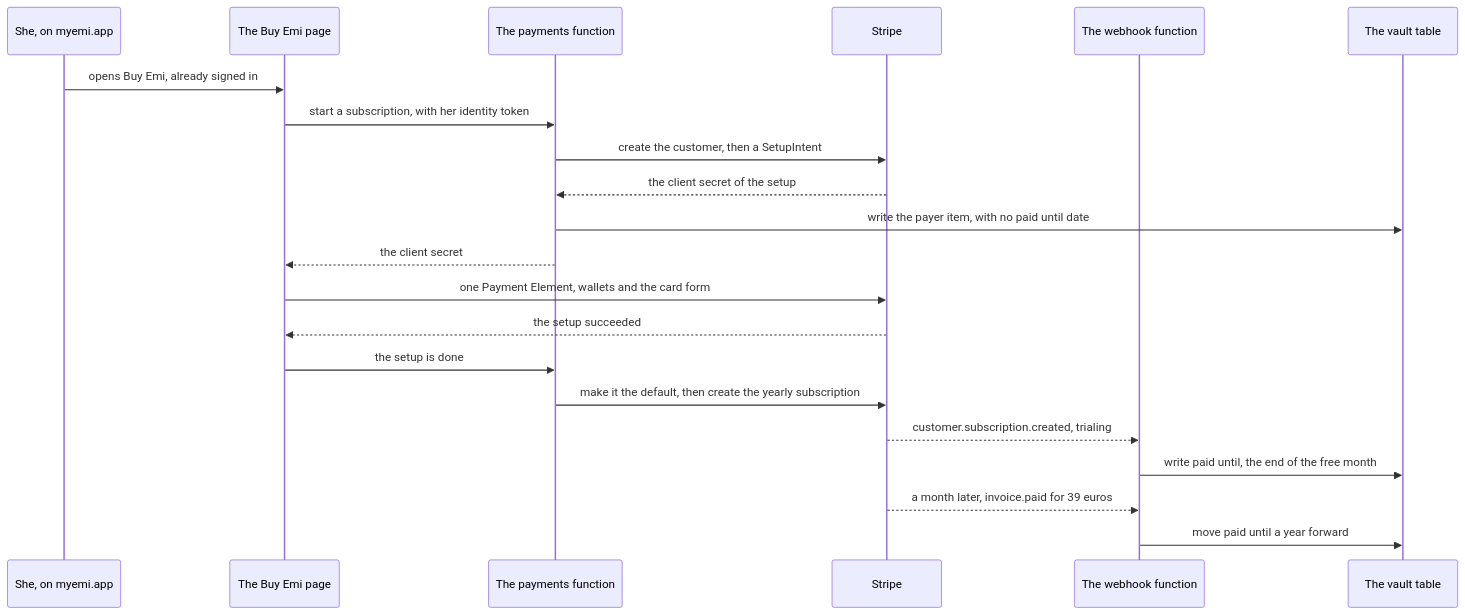
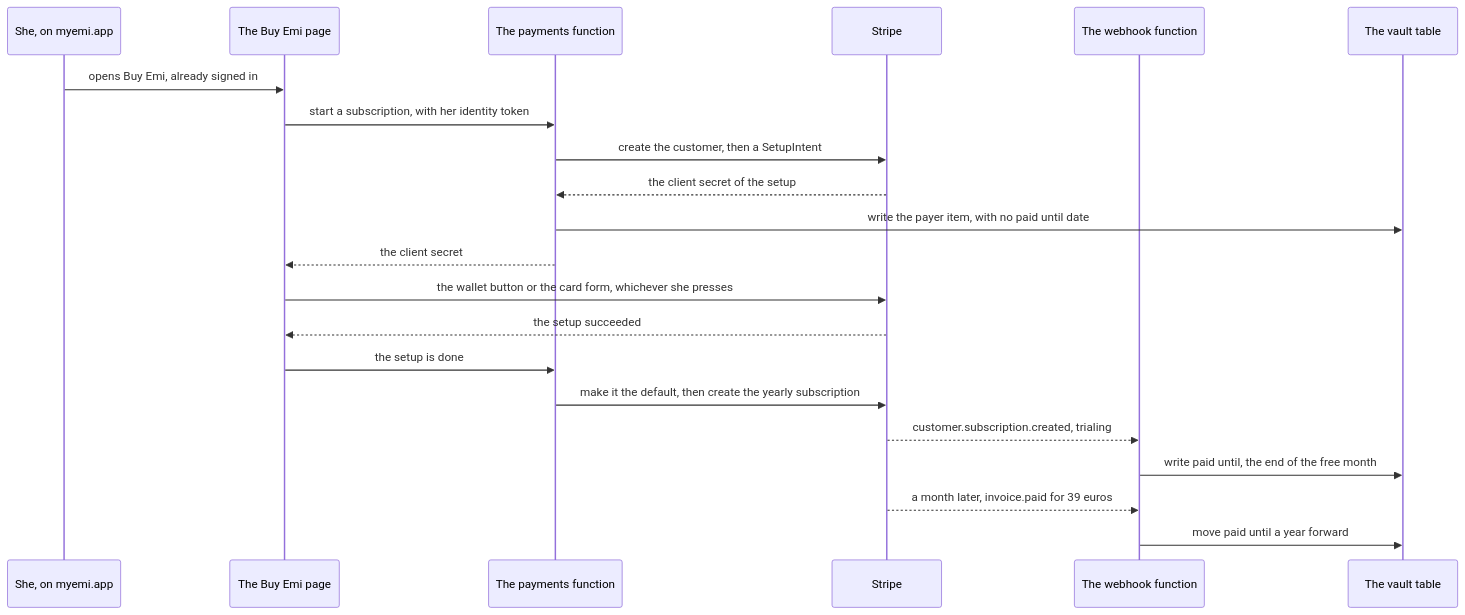
The first of 2 diagrams in docs/design/payments.md (atlantic-blue/emi), drawn with Mermaid before and after one commit. The commit also changed other lines of this file and 1 other file, not shown here.

Commit message:
EMI: docs: put the wallets on the checkout board and in the design

````diff
--- a/docs/design/payments.md
+++ b/docs/design/payments.md
@@ -398,23 +427,23 @@
 ```mermaid
 sequenceDiagram
   participant She as She, on myemi.app
   participant Site as The Buy Emi page
   participant Pay as The payments function
   participant Stripe as Stripe
   participant Hook as The webhook function
   participant Table as The vault table
   She->>Site: opens Buy Emi, already signed in
   Site->>Pay: start a subscription, with her identity token
   Pay->>Stripe: create the customer, then a SetupIntent
   Stripe-->>Pay: the client secret of the setup
   Pay->>Table: write the payer item, with no paid until date
   Pay-->>Site: the client secret
-  Site->>Stripe: one Payment Element, wallets and the card form
+  Site->>Stripe: the wallet button or the card form, whichever she presses
   Stripe-->>Site: the setup succeeded
   Site->>Pay: the setup is done
   Pay->>Stripe: make it the default, then create the yearly subscription
   Stripe-->>Hook: customer.subscription.created, trialing
   Hook->>Table: write paid until, the end of the free month
   Stripe-->>Hook: a month later, invoice.paid for 39 euros
   Hook->>Table: move paid until a year forward
 ```
````
